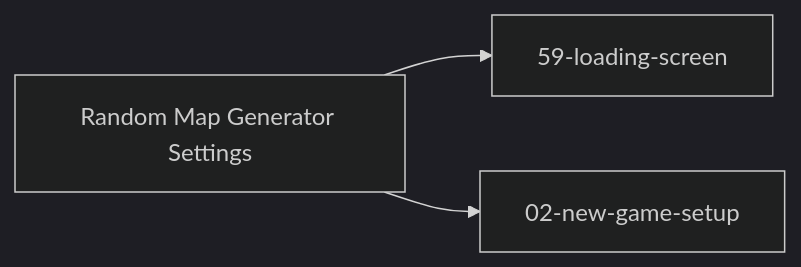
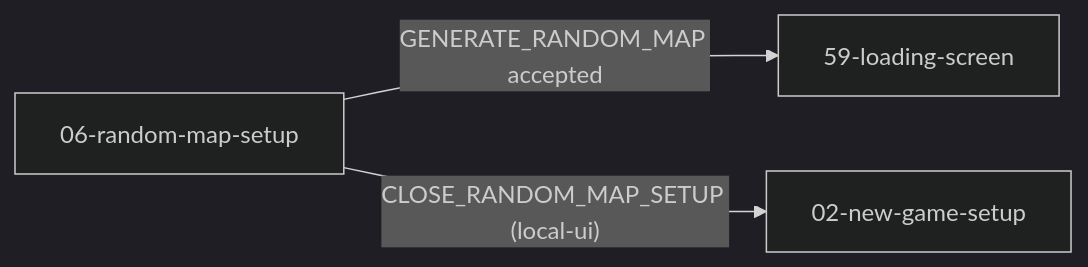
One commit to SunaNoOshiro/Heroes_Reforged_AI_Realms changed the fifth of 5 diagrams in docs/architecture/wiki/screens/06-random-map-setup/architecture.md. Above: the diagram before and after it, drawn with Mermaid (dark theme). The commit also changed other lines of this file and 518 other files, not shown here.

First line of the commit message:
Add doc-audit skill and sweep architecture/screen docs

````diff
--- a/docs/architecture/wiki/screens/06-random-map-setup/architecture.md
+++ b/docs/architecture/wiki/screens/06-random-map-setup/architecture.md
@@ -70,6 +72,6 @@
 ```mermaid
 flowchart LR
-  Current["Random Map Generator Settings"]
-  Current --> T0["59-loading-screen"]
-  Current --> T1["02-new-game-setup"]
+  Current["06-random-map-setup"]
+  Current -->|"GENERATE_RANDOM_MAP accepted"| T0["59-loading-screen"]
+  Current -->|"CLOSE_RANDOM_MAP_SETUP (local-ui)"| T1["02-new-game-setup"]
 ```
````
